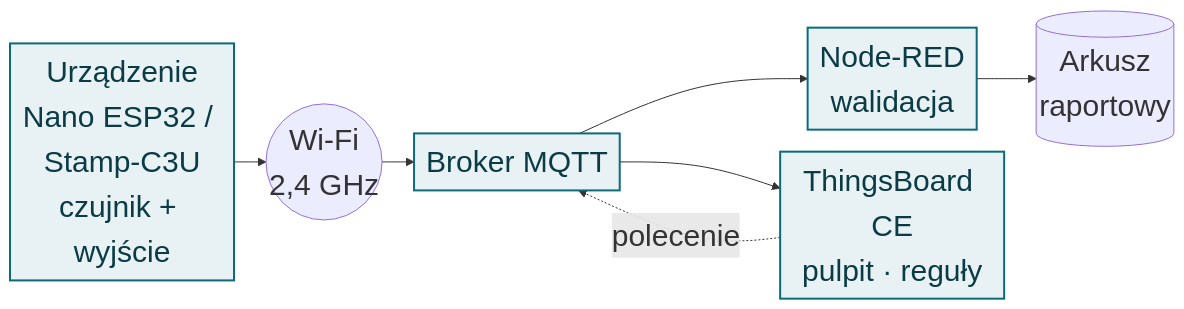
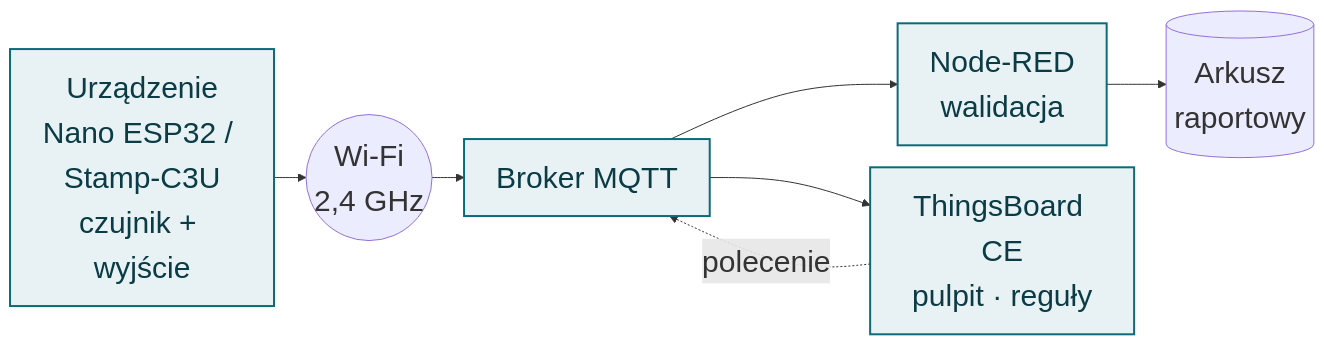
One commit to moondec/iot_lectures changed the second of 2 diagrams in slides/01-architektura-i-wymagania.qmd. Above: the diagram before and after it, drawn with Mermaid. The commit also changed other lines of this file and 20 other files, not shown here.

````diff
--- a/slides/01-architektura-i-wymagania.qmd
+++ b/slides/01-architektura-i-wymagania.qmd
@@ -335,18 +337,18 @@
 ```{mermaid}
 %%| fig-width: 12
 %%| fig-height: 3.0
-%%{init: {"themeVariables": {"fontSize": "30px"}, "flowchart": {"nodeSpacing": 22, "rankSpacing": 32, "padding": 6, "diagramPadding": 4}}}%%
+%%{init: {"themeVariables": {"fontSize": "30px"}, "flowchart": {"nodeSpacing": 22, "rankSpacing": 32, "padding": 16, "diagramPadding": 4}}}%%
 flowchart LR
     D["Urządzenie<br>Nano ESP32 / Stamp-C3U<br>czujnik + wyjście"]
     W(("Wi-Fi<br>2,4 GHz"))
     M["Broker MQTT"]
     N["Node-RED<br>walidacja"]
     G[("Arkusz<br>raportowy")]
     T["ThingsBoard CE<br>pulpit · reguły"]
     D --> W --> M
     M --> N --> G
     M --> T
     T -. "polecenie" .-> M
     classDef k fill:#e8f2f4,stroke:#0b6b78,stroke-width:2px,color:#0b3b45
     class D,M,N,T k
 ```
````
